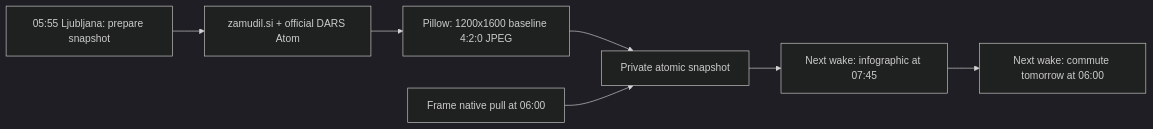
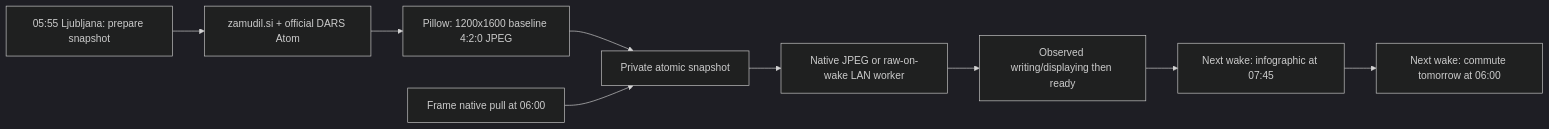
One commit to Lukafin/bloomin8-pull-server changed the diagram in README.md. Above: the diagram before and after it, drawn with Mermaid (dark theme). The commit also changed other lines of this file and 5 other files, not shown here.

First line of the commit message:
Use authenticated native wake for verified raw commuter delivery (#6)

````diff
--- a/README.md
+++ b/README.md
@@ -60,9 +60,11 @@
 ```mermaid
 flowchart LR
   Cron[05:55 Ljubljana: prepare snapshot] --> Sources[zamudil.si + official DARS Atom]
   Sources --> Pillow[Pillow: 1200x1600 baseline 4:2:0 JPEG]
   Pillow --> Cache[Private atomic snapshot]
   Frame[Frame native pull at 06:00] --> Cache
-  Cache --> Next[Next wake: infographic at 07:45]
+  Cache --> Delivery[Native JPEG or raw-on-wake LAN worker]
+  Delivery --> Proof[Observed writing/displaying then ready]
+  Proof --> Next[Next wake: infographic at 07:45]
   Next --> Tomorrow[Next wake: commute tomorrow at 06:00]
 ```
````
